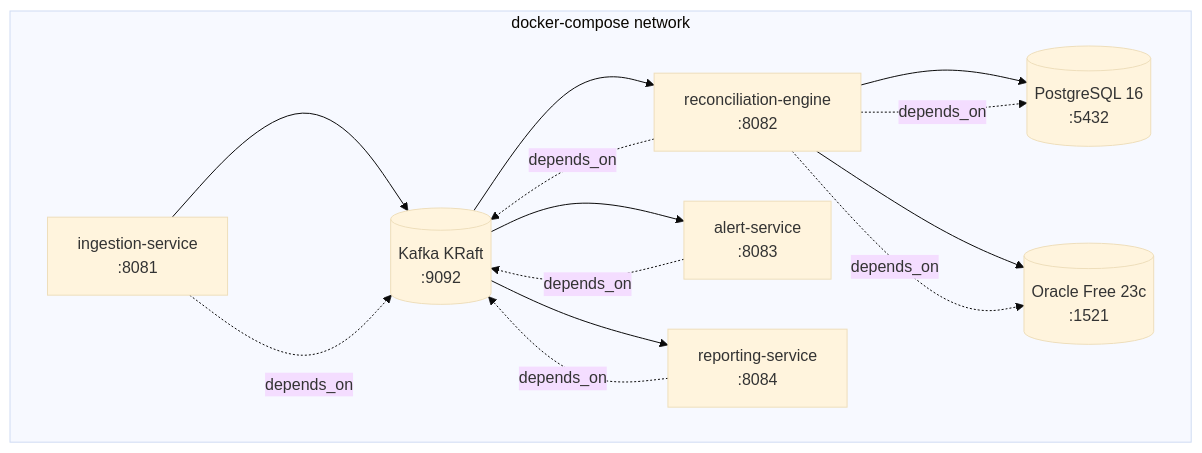
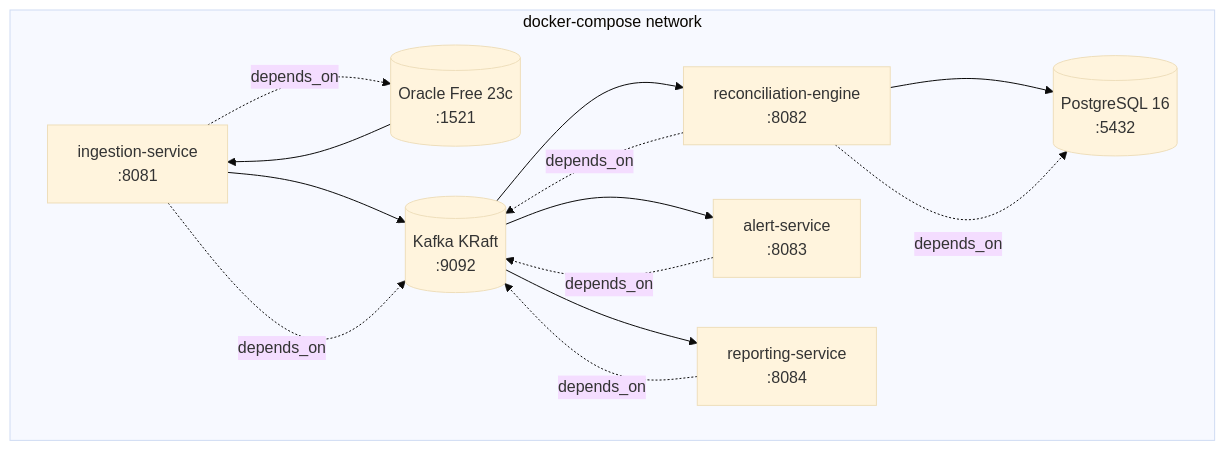
The third of 3 diagrams in docs/architecture.md (pach24/recon-engine), drawn with Mermaid (base theme) before and after one commit. The commit also changed other lines of this file and 9 other files, not shown here.

````diff
--- a/docs/architecture.md
+++ b/docs/architecture.md
@@ -123,26 +123,26 @@
 ```mermaid
 graph TD
     subgraph docker-compose network
         ING[ingestion-service\n:8081]
         REC[reconciliation-engine\n:8082]
         ALT[alert-service\n:8083]
         RPT[reporting-service\n:8084]
         PG[(PostgreSQL 16\n:5432)]
         ORA[(Oracle Free 23c\n:1521)]
         KAF[(Kafka KRaft\n:9092)]
     end
 
+    ORA --> ING
     ING --> KAF
     KAF --> REC
     KAF --> ALT
     KAF --> RPT
     REC --> PG
-    REC --> ORA
 
     ING -.depends_on.-> KAF
+    ING -.depends_on.-> ORA
     REC -.depends_on.-> KAF
     REC -.depends_on.-> PG
-    REC -.depends_on.-> ORA
     ALT -.depends_on.-> KAF
     RPT -.depends_on.-> KAF
 ```
````
